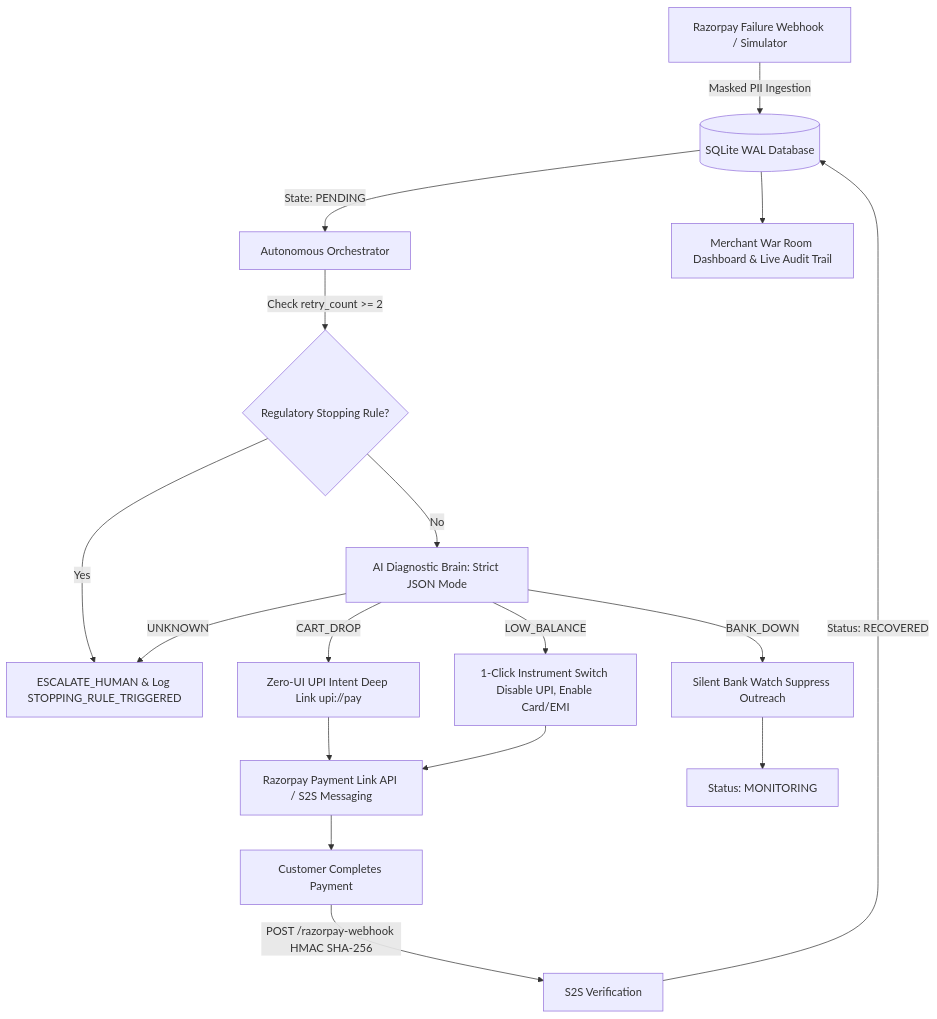
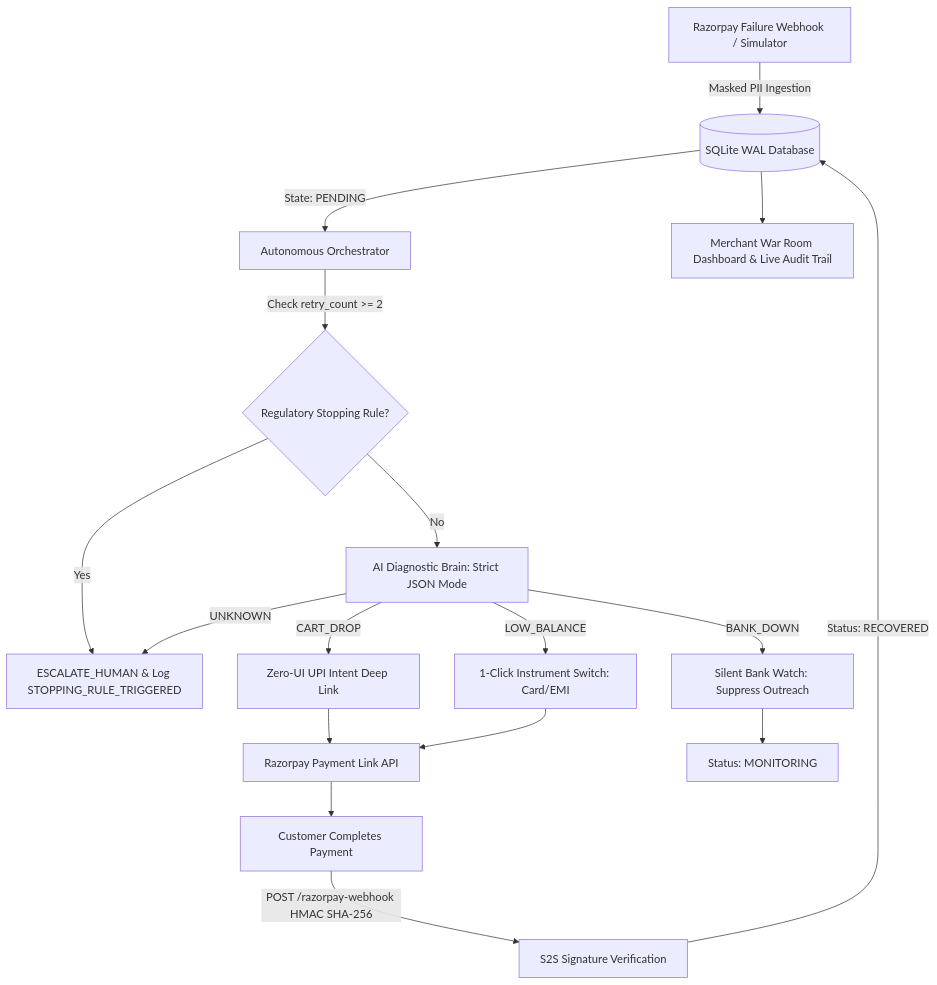
One commit to Nilesh1381/Pratyavartan changed the diagram in README.md. Above: the diagram before and after it, drawn with Mermaid. The commit also changed other lines of this file, not shown here.

````diff
--- a/README.md
+++ b/README.md
@@ -42,24 +48,24 @@
 ```mermaid
 flowchart TD
-    A[Razorpay Failure Webhook / Simulator] -->|Masked PII Ingestion| B[(SQLite WAL Database)]
-    B -->|State: PENDING| C[Autonomous Orchestrator]
-    C -->|Check retry_count >= 2| D{Regulatory Stopping Rule?}
-    
-    D -- Yes --> E[ESCALATE_HUMAN & Log STOPPING_RULE_TRIGGERED]
-    D -- No --> F[AI Diagnostic Brain: Strict JSON Mode]
-    
-    F -->|CART_DROP| G[Zero-UI UPI Intent Deep Link upi://pay]
-    F -->|LOW_BALANCE| H[1-Click Instrument Switch Disable UPI, Enable Card/EMI]
-    F -->|BANK_DOWN| I[Silent Bank Watch Suppress Outreach]
-    F -->|UNKNOWN| E
-    
-    G --> J[Razorpay Payment Link API / S2S Messaging]
+    A["Razorpay Failure Webhook / Simulator"] -->|"Masked PII Ingestion"| B[("SQLite WAL Database")]
+    B -->|"State: PENDING"| C["Autonomous Orchestrator"]
+    C -->|"Check retry_count >= 2"| D{"Regulatory Stopping Rule?"}
+
+    D -- Yes --> E["ESCALATE_HUMAN & Log STOPPING_RULE_TRIGGERED"]
+    D -- No --> F["AI Diagnostic Brain: Strict JSON Mode"]
+
+    F -->|"CART_DROP"| G["Zero-UI UPI Intent Deep Link"]
+    F -->|"LOW_BALANCE"| H["1-Click Instrument Switch: Card/EMI"]
+    F -->|"BANK_DOWN"| I["Silent Bank Watch: Suppress Outreach"]
+    F -->|"UNKNOWN"| E
+
+    G --> J["Razorpay Payment Link API"]
     H --> J
-    I --> K[Status: MONITORING]
-    
-    J --> L[Customer Completes Payment]
-    L -->|POST /razorpay-webhook HMAC SHA-256| M[S2S Verification]
-    M -->|Status: RECOVERED| B
-    
-    B --> N[Merchant War Room Dashboard & Live Audit Trail]
+    I --> K["Status: MONITORING"]
+
+    J --> L["Customer Completes Payment"]
+    L -->|"POST /razorpay-webhook HMAC SHA-256"| M["S2S Signature Verification"]
+    M -->|"Status: RECOVERED"| B
+
+    B --> N["Merchant War Room Dashboard & Live Audit Trail"]
 ```
````
